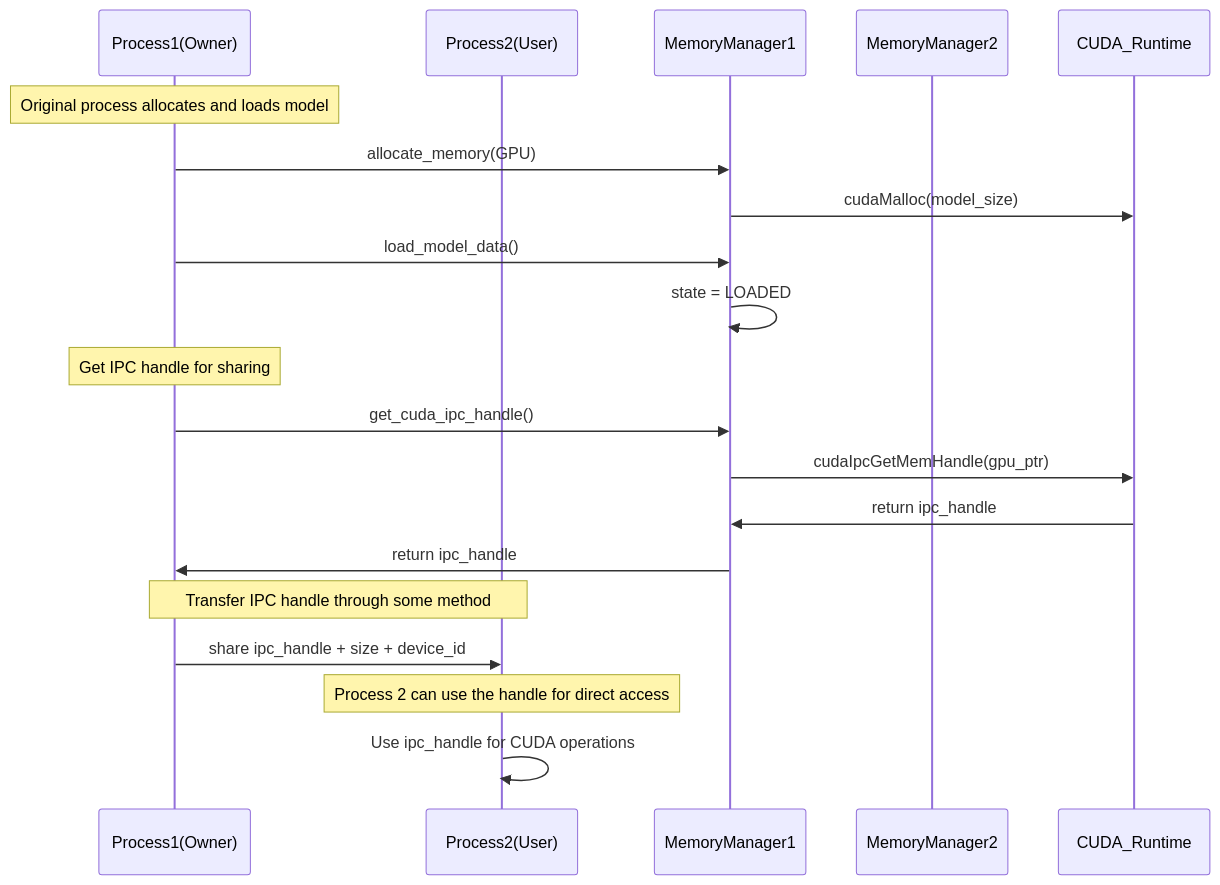
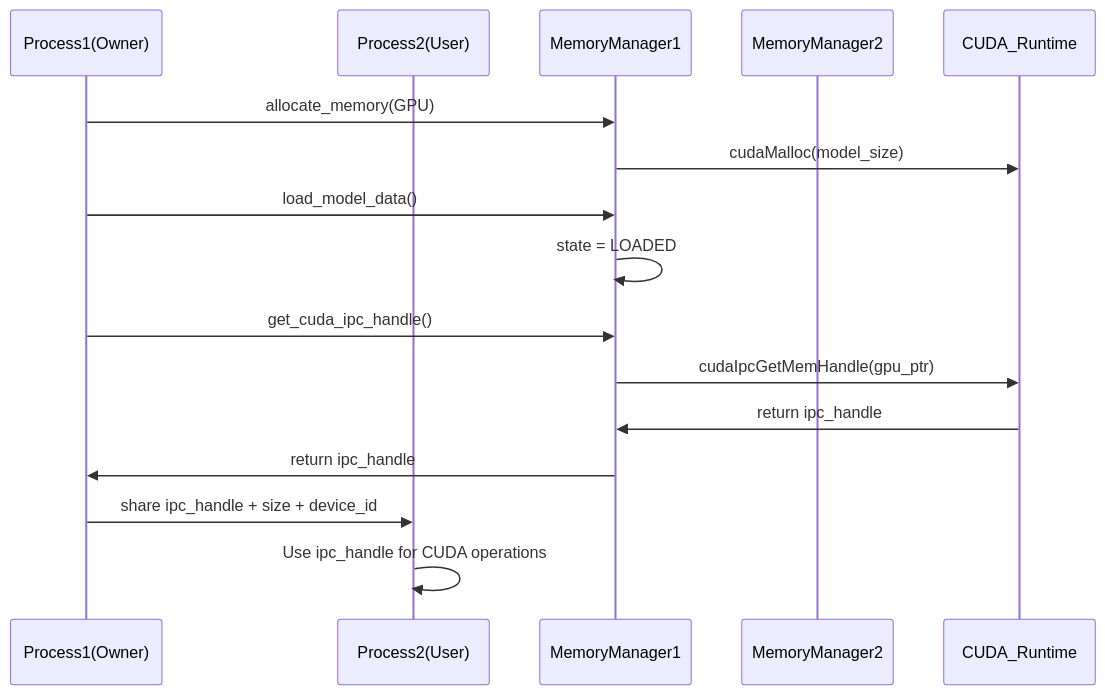
Before and after one commit to tensorcast-ai/tensorcast: diagram 13 of 13 in web-docs/docs/developer-guides/core/store/architecture.md, drawn with Mermaid. The commit also changed other lines of this file and 2 other files, not shown here.

````diff
--- a/web-docs/docs/developer-guides/core/store/architecture.md
+++ b/web-docs/docs/developer-guides/core/store/architecture.md
@@ -745,26 +560,21 @@
 ```mermaid
 sequenceDiagram
     participant P1 as Process1(Owner)
     participant P2 as Process2(User)
     participant MM1 as MemoryManager1
     participant MM2 as MemoryManager2
     participant CUDA as CUDA_Runtime
 
-    Note over P1: Original process allocates and loads model
     P1->>MM1: allocate_memory(GPU)
     MM1->>CUDA: cudaMalloc(model_size)
     P1->>MM1: load_model_data()
     MM1->>MM1: state = LOADED
 
-    Note over P1: Get IPC handle for sharing
     P1->>MM1: get_cuda_ipc_handle()
     MM1->>CUDA: cudaIpcGetMemHandle(gpu_ptr)
     CUDA->>MM1: return ipc_handle
     MM1->>P1: return ipc_handle
 
-    Note over P1,P2: Transfer IPC handle through some method
     P1->>P2: share ipc_handle + size + device_id
-
-    Note over P2: Process 2 can use the handle for direct access
     P2->>P2: Use ipc_handle for CUDA operations
 ```
````
